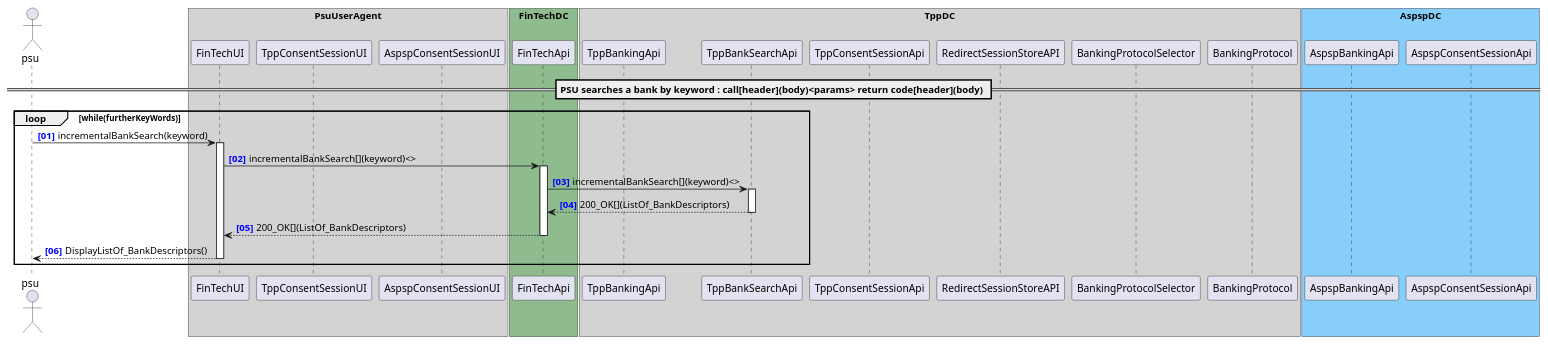
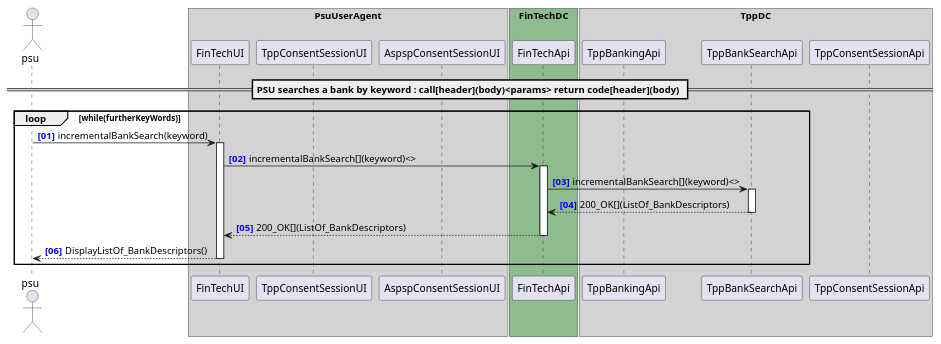
The diagram in docs/architecture/diagrams/useCases/2-searchBank.puml (mohbadar/open-banking-gateway), drawn with PlantUML before and after one commit. The commit also changed 1 other file, not shown here.

```diff
--- a/docs/architecture/diagrams/useCases/2-searchBank.puml
+++ b/docs/architecture/diagrams/useCases/2-searchBank.puml
@@ -1,38 +1,38 @@
 @startuml
 
 autonumber "<b><color blue>[00]"
 actor psu
 
 box "PsuUserAgent" #LightGray
     participant "FinTechUI" as FinTechUI
     participant "TppConsentSessionUI" as TppConsentSessionUI
     participant "AspspConsentSessionUI" as AspspConsentSessionUI
 end box
 box "FinTechDC" #DarkSeaGreen
     participant "FinTechApi" as FinTechApi
 end box
 box "TppDC" #LightGray
     participant "TppBankingApi" as TppBankingApi
     participant "TppBankSearchApi" as TppBankSearchApi
     participant "TppConsentSessionApi" as TppConsentSessionApi
 
-    participant "RedirectSessionStoreAPI" as RedirectSessionStoreAPI
-    participant "BankingProtocolSelector" as BankingProtocolSelector
-    participant "BankingProtocol" as BankingProtocol
+    'participant "RedirectSessionStoreAPI" as RedirectSessionStoreAPI
+    'participant "BankingProtocolSelector" as BankingProtocolSelector
+    'participant "BankingProtocol" as BankingProtocol
 end box
 box "AspspDC" #LightSkyBlue
-	participant "AspspBankingApi" as AspspBankingApi
-    participant "AspspConsentSessionApi" as AspspConsentSessionApi
+	'participant "AspspBankingApi" as AspspBankingApi
+    'participant "AspspConsentSessionApi" as AspspConsentSessionApi
 end box
 
 == PSU searches a bank by keyword : call[header](body)<params> return code[header](body) ==
 
 loop while(furtherKeyWords)
 psu -> FinTechUI ++ : incrementalBankSearch(keyword)
 FinTechUI -> FinTechApi ++ : incrementalBankSearch[](keyword)<>
 FinTechApi -> TppBankSearchApi ++ : incrementalBankSearch[](keyword)<>
 return 200_OK[](ListOf_BankDescriptors)
 return 200_OK[](ListOf_BankDescriptors)
 return DisplayListOf_BankDescriptors()
 end
 @enduml
```
